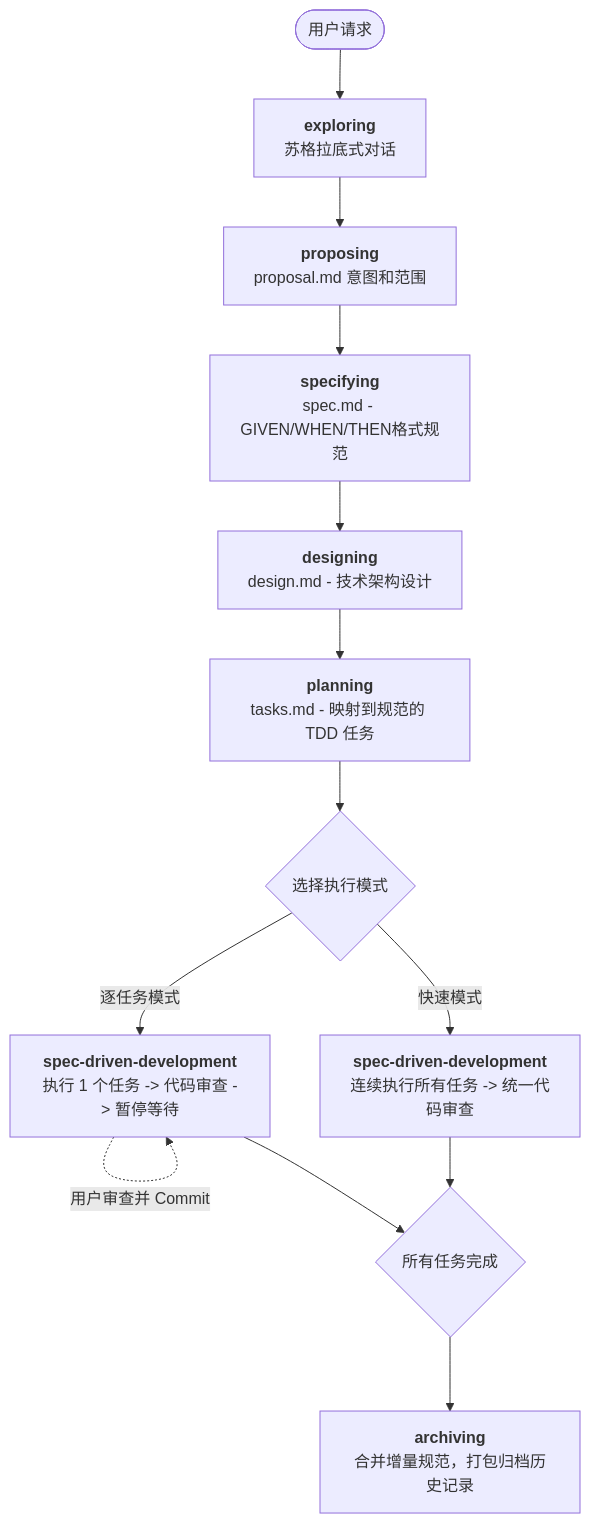
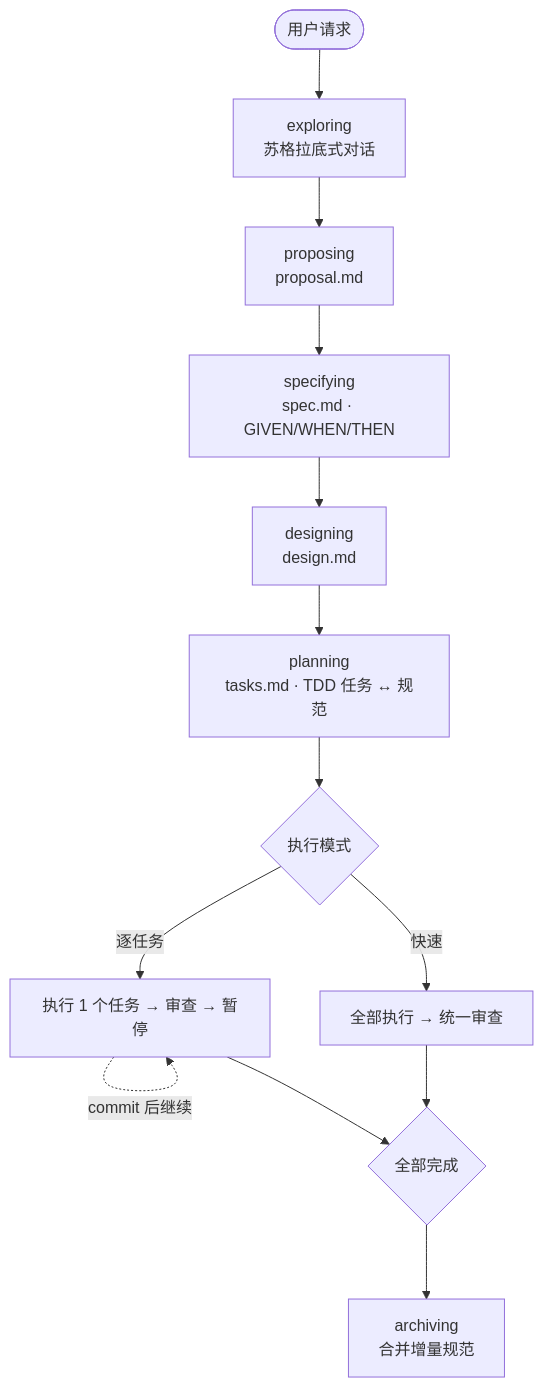
The diagram in README.zh-CN.md (NSObjects/specpowers), drawn with Mermaid before and after one commit. The commit also changed other lines of this file and 18 other files, not shown here.

````diff
--- a/README.zh-CN.md
+++ b/README.zh-CN.md
@@ -26,18 +27,15 @@
 ```mermaid
 flowchart TD
-    Start([用户请求]) --> Exploring[<b>exploring</b><br/>苏格拉底式对话]
-    Exploring --> Proposing[<b>proposing</b><br/>proposal.md 意图和范围]
-    Proposing --> Specifying[<b>specifying</b><br/>spec.md - GIVEN/WHEN/THEN格式规范]
-    Specifying --> Designing[<b>designing</b><br/>design.md - 技术架构设计]
-    Designing --> Planning[<b>planning</b><br/>tasks.md - 映射到规范的 TDD 任务]
-    
-    Planning --> Choice{选择执行模式}
-    Choice -->|逐任务模式| ExecStep[<b>spec-driven-development</b><br/>执行 1 个任务 -> 代码审查 -> 暂停等待]
-    Choice -->|快速模式| ExecFast[<b>spec-driven-development</b><br/>连续执行所有任务 -> 统一代码审查]
-    
-    ExecStep -.->|用户审查并 Commit| ExecStep
-    ExecStep --> Complete
-    ExecFast --> Complete
-    
-    Complete{所有任务完成} --> Archiving[<b>archiving</b><br/>合并增量规范，打包归档历史记录]
+    Start([用户请求]) --> Exploring[exploring<br/>苏格拉底式对话]
+    Exploring --> Proposing[proposing<br/>proposal.md]
+    Proposing --> Specifying[specifying<br/>spec.md · GIVEN/WHEN/THEN]
+    Specifying --> Designing[designing<br/>design.md]
+    Designing --> Planning[planning<br/>tasks.md · TDD 任务 ↔ 规范]
+    Planning --> Choice{执行模式}
+    Choice -->|逐任务| Step[执行 1 个任务 → 审查 → 暂停]
+    Choice -->|快速| Fast[全部执行 → 统一审查]
+    Step -.->|commit 后继续| Step
+    Step --> Done
+    Fast --> Done
+    Done{全部完成} --> Archiving[archiving<br/>合并增量规范]
 ```
````
